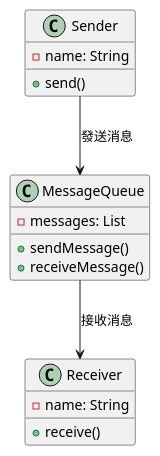
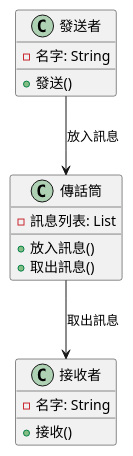
Before and after one commit to fine5351/info-sync: the first of 3 diagrams in doc/learning/architecture/message_queue_tutorial.md, drawn with PlantUML. The commit also changed other lines of this file and 35 other files, not shown here.

````diff
--- a/doc/learning/architecture/message_queue_tutorial.md
+++ b/doc/learning/architecture/message_queue_tutorial.md
@@ -61,22 +34,22 @@
 ```plantuml
 @startuml
-class MessageQueue {
-    - messages: List
-    + sendMessage()
-    + receiveMessage()
+class 傳話筒 {
+    - 訊息列表: List
+    + 放入訊息()
+    + 取出訊息()
 }
 
-class Sender {
-    - name: String
-    + send()
+class 發送者 {
+    - 名字: String
+    + 發送()
 }
 
-class Receiver {
-    - name: String
-    + receive()
+class 接收者 {
+    - 名字: String
+    + 接收()
 }
 
-Sender --> MessageQueue : 發送消息
-MessageQueue --> Receiver : 接收消息
+發送者 --> 傳話筒 : 放入訊息
+傳話筒 --> 接收者 : 取出訊息
 @enduml
 ```
````
